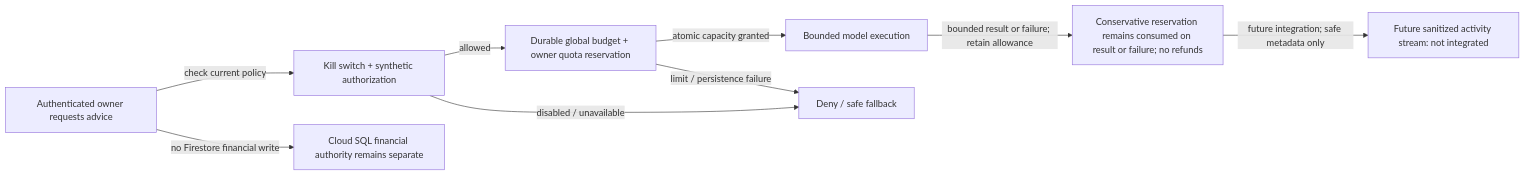
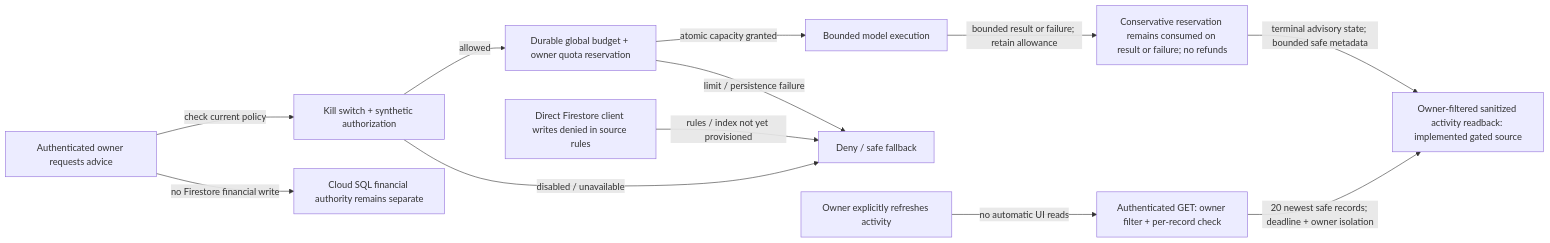
The diagram in docs/architecture-experience/source/firestore-operational-controls.mmd (JEMathew/movers-and-ledgers), drawn with Mermaid before and after one commit. The commit also changed 115 other files, not shown here.

```diff
--- a/docs/architecture-experience/source/firestore-operational-controls.mmd
+++ b/docs/architecture-experience/source/firestore-operational-controls.mmd
@@ -1,17 +1,23 @@
 flowchart LR
   request["Authenticated owner requests advice"]
   kill["Kill switch + synthetic authorization"]
   reservation["Durable global budget + owner quota reservation"]
   model["Bounded model execution"]
   finalize["Conservative reservation remains consumed on result or failure; no refunds"]
-  activity["Future sanitized activity stream: not integrated"]
+  activity["Owner-filtered sanitized activity readback: implemented gated source"]
   sql["Cloud SQL financial authority remains separate"]
   deny["Deny / safe fallback"]
+  refresh["Owner explicitly refreshes activity"]
+  read["Authenticated GET: owner filter + per-record check"]
+  client["Direct Firestore client writes denied in source rules"]
   request -->|"check current policy"| kill
   kill -->|"allowed"| reservation
   kill -->|"disabled / unavailable"| deny
   reservation -->|"atomic capacity granted"| model
   reservation -->|"limit / persistence failure"| deny
   model -->|"bounded result or failure; retain allowance"| finalize
-  finalize -->|"future integration; safe metadata only"| activity
+  finalize -->|"terminal advisory state; bounded safe metadata"| activity
   request -->|"no Firestore financial write"| sql
+  refresh -->|"no automatic UI reads"| read
+  read -->|"20 newest safe records; deadline + owner isolation"| activity
+  client -->|"rules / index not yet provisioned"| deny
```
